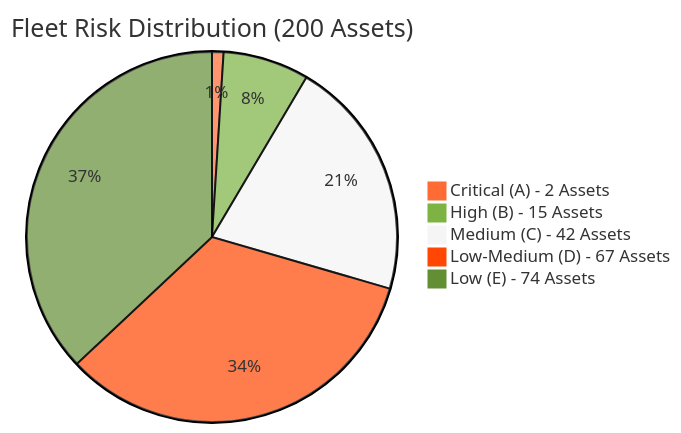
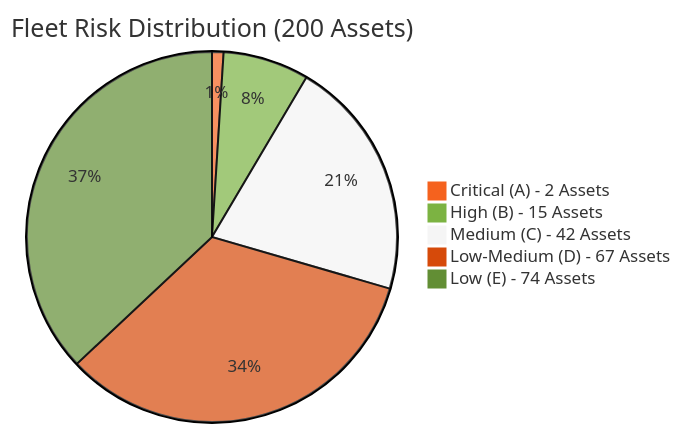
The first of 4 diagrams in risk_assessment_report/monthly_report_otto_argos_style.md (StephanieHepp/Risk-Assessment), drawn with Mermaid before and after one commit.

````diff
--- a/risk_assessment_report/monthly_report_otto_argos_style.md
+++ b/risk_assessment_report/monthly_report_otto_argos_style.md
@@ -14,9 +14,9 @@
 ```mermaid
-%%{init: {'theme':'base', 'themeVariables': {'primaryColor':'#FF6B35', 'secondaryColor':'#7CB342', 'tertiaryColor':'#f5f5f5', 'primaryTextColor':'#333', 'primaryBorderColor':'#ddd'}}}%%
+%%{init: {'theme':'base', 'themeVariables': {'primaryColor':'#F5621E', 'secondaryColor':'#7CB342', 'tertiaryColor':'#f5f5f5', 'primaryTextColor':'#333', 'primaryBorderColor':'#ddd'}}}%%
 pie title Fleet Risk Distribution (200 Assets)
     "Critical (A) - 2 Assets" : 2
     "High (B) - 15 Assets" : 15
     "Medium (C) - 42 Assets" : 42
     "Low-Medium (D) - 67 Assets" : 67
     "Low (E) - 74 Assets" : 74
 ```
````
